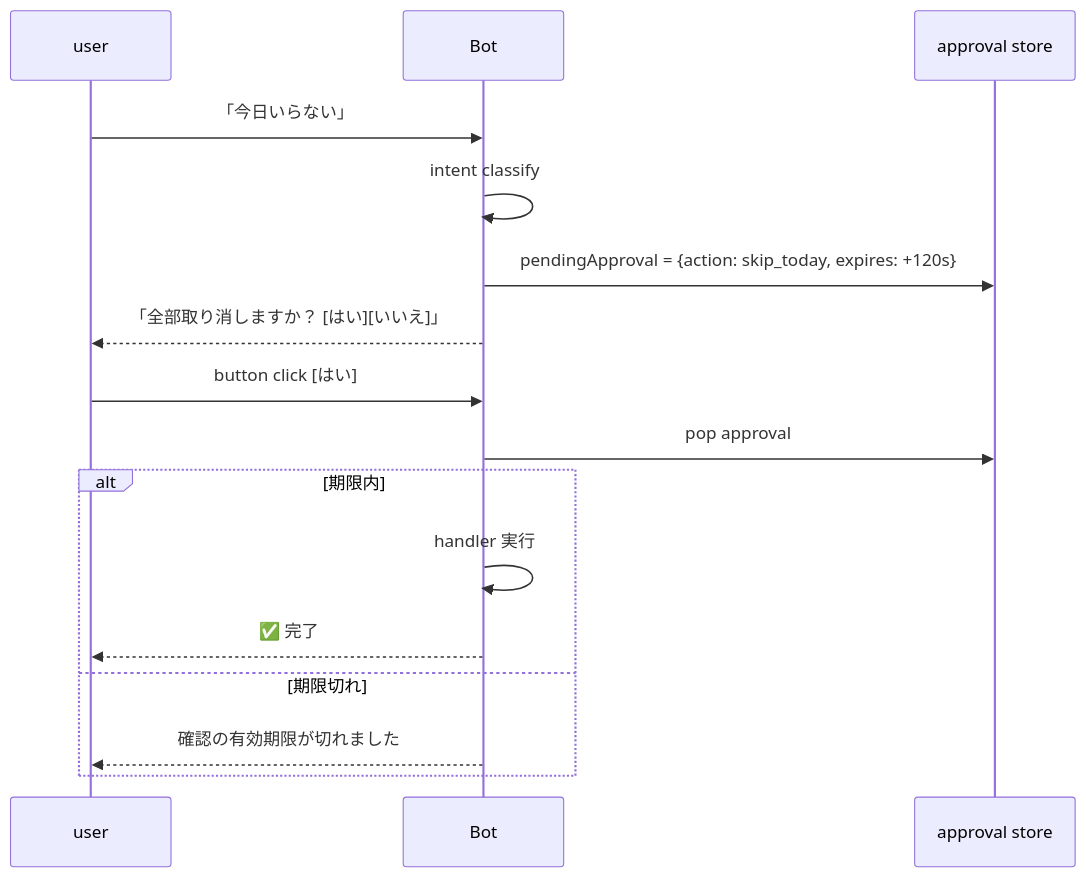
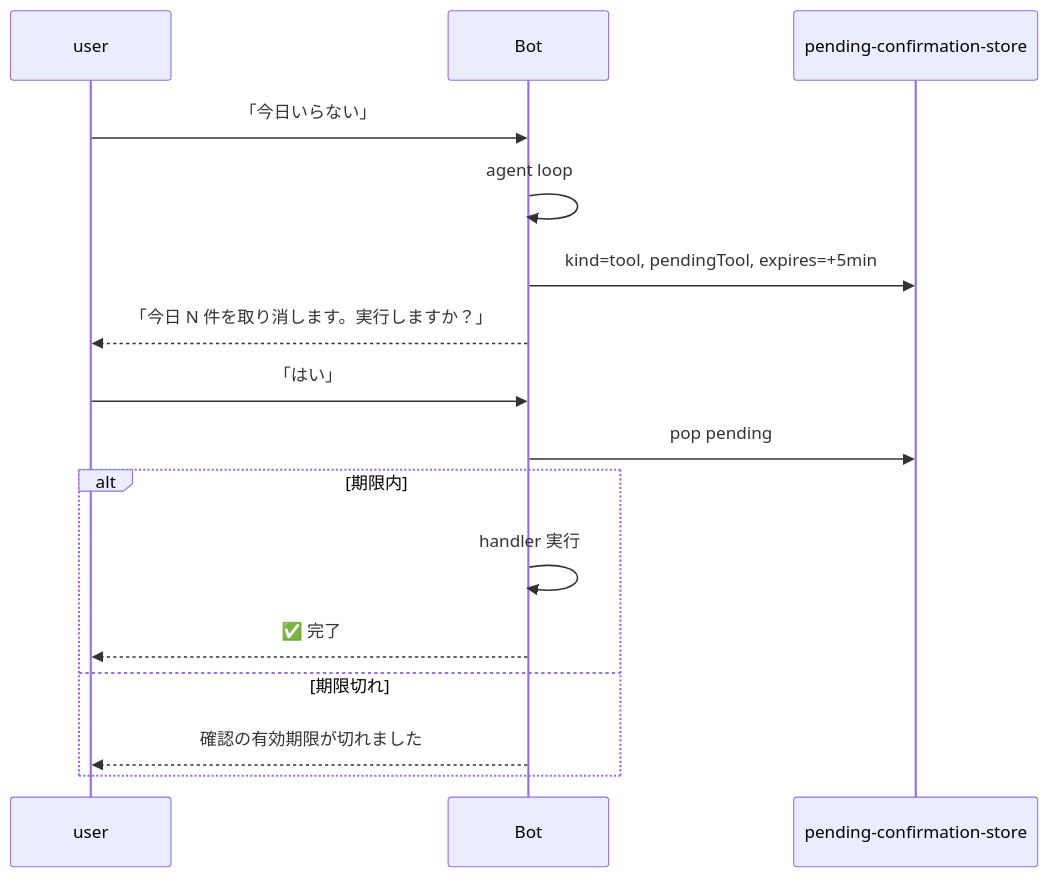
The third of 4 diagrams in docs/developer/10-discord-conversation-engine.md (zumizumi-3/mex-next), drawn with Mermaid before and after one commit. The commit also changed other lines of this file and 20 other files, not shown here.

````diff
--- a/docs/developer/10-discord-conversation-engine.md
+++ b/docs/developer/10-discord-conversation-engine.md
@@ -139,18 +146,18 @@
 ```mermaid
 sequenceDiagram
     participant U as user
     participant Bot
-    participant Store as approval store
+    participant Store as pending-confirmation-store
     U->>Bot: 「今日いらない」
-    Bot->>Bot: intent classify
-    Bot->>Store: pendingApproval = {action: skip_today, expires: +120s}
-    Bot-->>U: 「全部取り消しますか？ [はい][いいえ]」
-    U->>Bot: button click [はい]
-    Bot->>Store: pop approval
+    Bot->>Bot: agent loop
+    Bot->>Store: kind=tool, pendingTool, expires=+5min
+    Bot-->>U: 「今日 N 件を取り消します。実行しますか？」
+    U->>Bot: 「はい」
+    Bot->>Store: pop pending
     alt 期限内
         Bot->>Bot: handler 実行
         Bot-->>U: ✅ 完了
     else 期限切れ
         Bot-->>U: 確認の有効期限が切れました
     end
 ```
````
